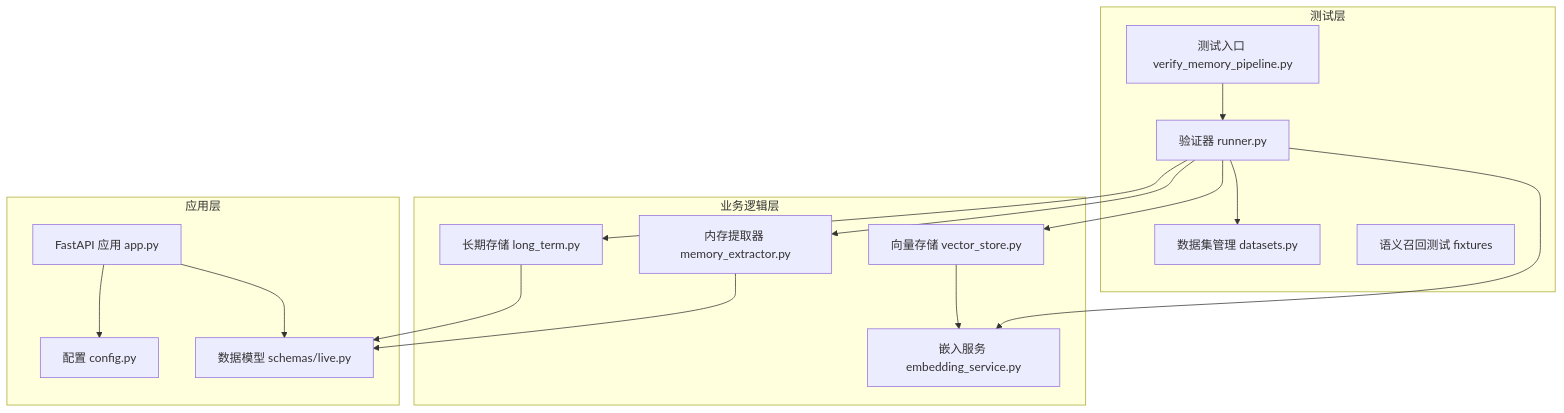
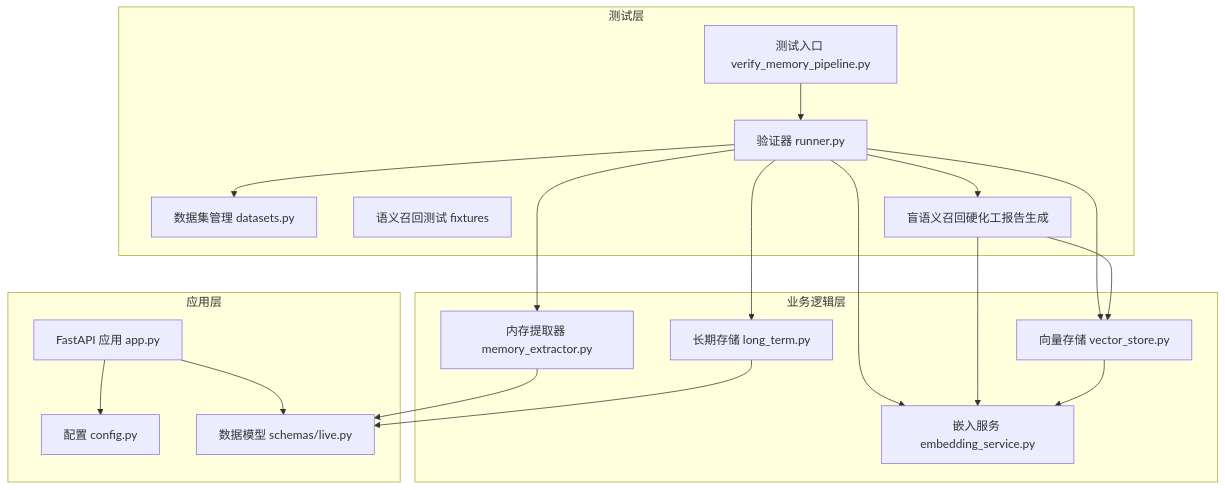
Before and after one commit to Moon-Force/DouYin_llm: the first of 7 diagrams in .qoder/repowiki/zh/content/后端服务/内存管理系统/内存管道验证器/语义召回评估系统.md, drawn with Mermaid. The commit also changed other lines of this file and 35 other files, not shown here.

````diff
--- a/.qoder/repowiki/zh/content/后端服务/内存管理系统/内存管道验证器/语义召回评估系统.md
+++ b/.qoder/repowiki/zh/content/后端服务/内存管理系统/内存管道验证器/语义召回评估系统.md
@@ -45,31 +61,35 @@
 ```mermaid
 graph TB
 subgraph "测试层"
 A[测试入口 verify_memory_pipeline.py]
 B[验证器 runner.py]
 C[数据集管理 datasets.py]
 D[语义召回测试 fixtures]
+E[盲语义召回硬化工报告生成]
 end
 subgraph "业务逻辑层"
-E[内存提取器 memory_extractor.py]
-F[向量存储 vector_store.py]
-G[长期存储 long_term.py]
-H[嵌入服务 embedding_service.py]
+F[内存提取器 memory_extractor.py]
+G[向量存储 vector_store.py]
+H[长期存储 long_term.py]
+I[嵌入服务 embedding_service.py]
 end
 subgraph "应用层"
-I[FastAPI 应用 app.py]
-J[配置 config.py]
-K[数据模型 schemas/live.py]
+J[FastAPI 应用 app.py]
+K[配置 config.py]
+L[数据模型 schemas/live.py]
 end
 A --> B
 B --> C
 B --> E
 B --> F
 B --> G
 B --> H
-E --> K
-F --> H
-G --> K
-I --> J
-I --> K
+B --> I
+E --> G
+E --> I
+F --> L
+G --> I
+H --> L
+J --> K
+J --> L
 ```
````
